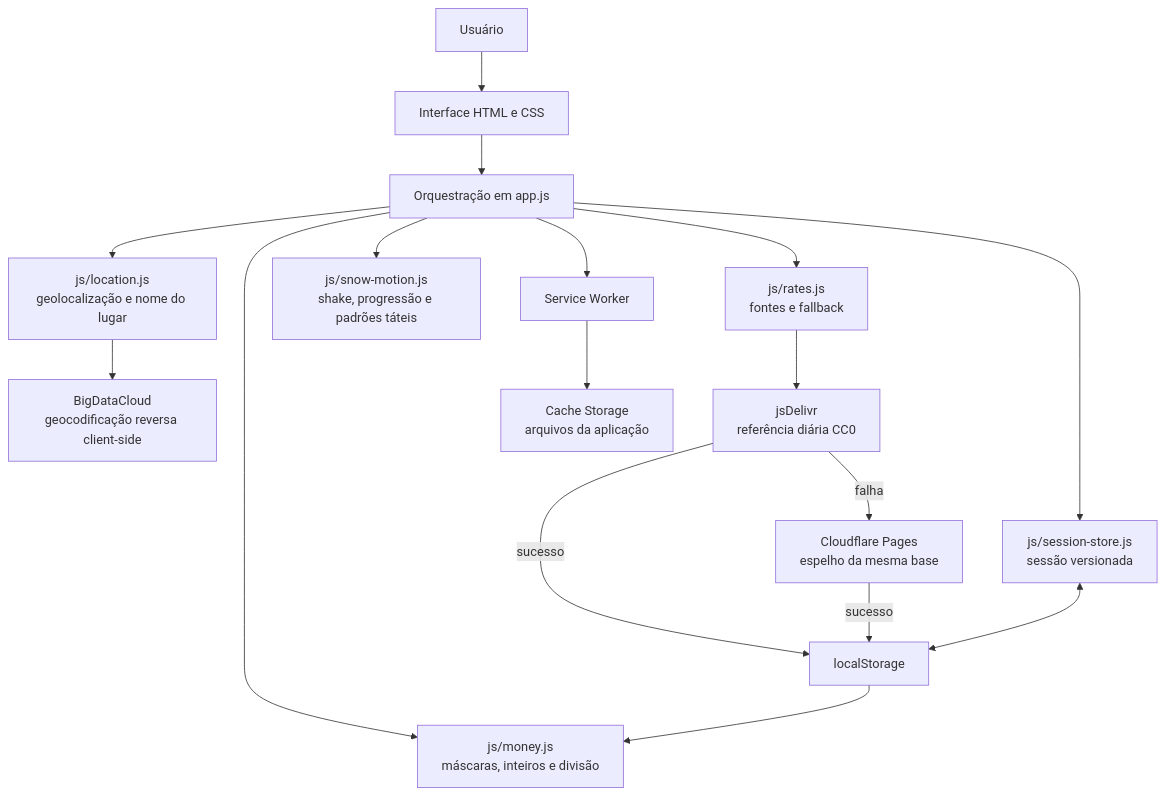
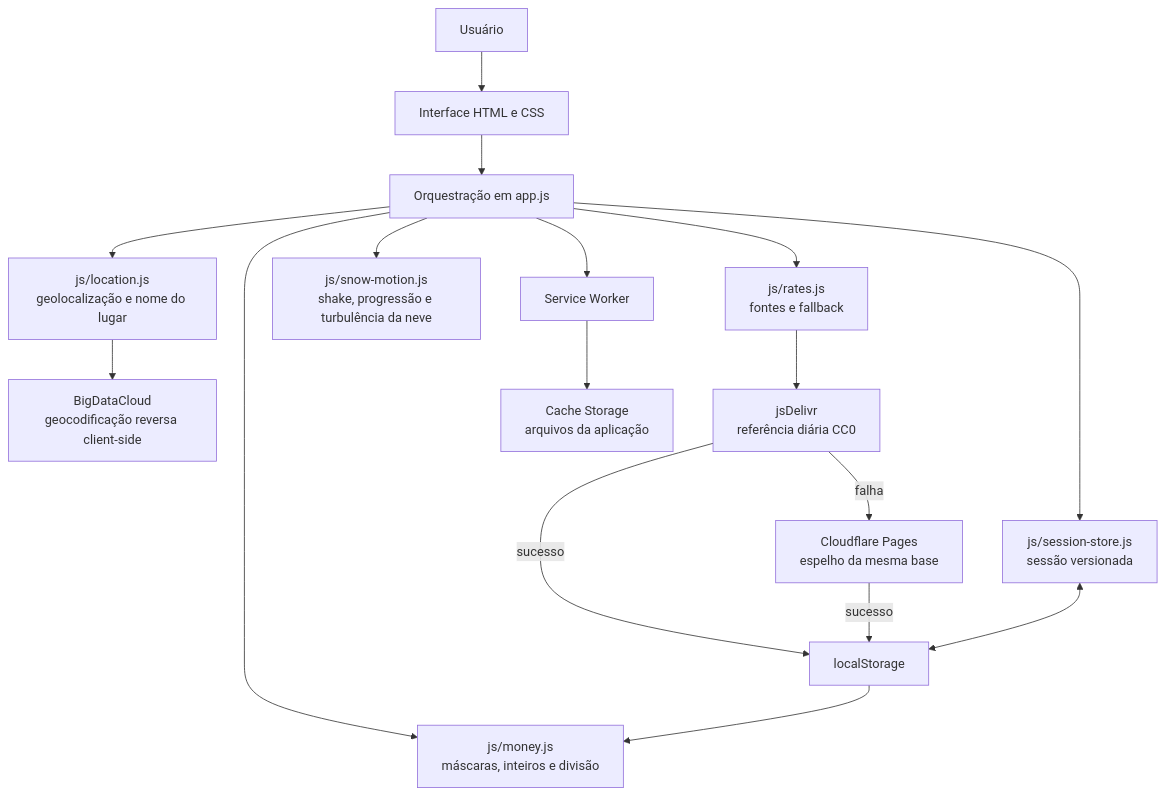
Before and after one commit to rgjuni0r/conversor-clp-brl: the diagram in README.md, drawn with Mermaid. The commit also changed other lines of this file and 5 other files, not shown here.

````diff
--- a/README.md
+++ b/README.md
@@ -78,19 +77,19 @@
 ```mermaid
 flowchart TD
     U[Usuário] --> UI[Interface HTML e CSS]
     UI --> APP[Orquestração em app.js]
     APP --> MONEY[js/money.js<br/>máscaras, inteiros e divisão]
     APP --> SESSION[js/session-store.js<br/>sessão versionada]
     APP --> RATES[js/rates.js<br/>fontes e fallback]
     APP --> LOCATION[js/location.js<br/>geolocalização e nome do lugar]
-    APP --> MOTION[js/snow-motion.js<br/>shake, progressão e padrões táteis]
+    APP --> MOTION[js/snow-motion.js<br/>shake, progressão e turbulência da neve]
     LOCATION --> BDC[BigDataCloud<br/>geocodificação reversa client-side]
     RATES --> PRIMARY[jsDelivr<br/>referência diária CC0]
     PRIMARY -->|sucesso| STORE[localStorage]
     PRIMARY -->|falha| FALLBACK[Cloudflare Pages<br/>espelho da mesma base]
     FALLBACK -->|sucesso| STORE
     SESSION <--> STORE
     STORE --> MONEY
     APP --> SW[Service Worker]
     SW --> CACHE[Cache Storage<br/>arquivos da aplicação]
 ```
````
